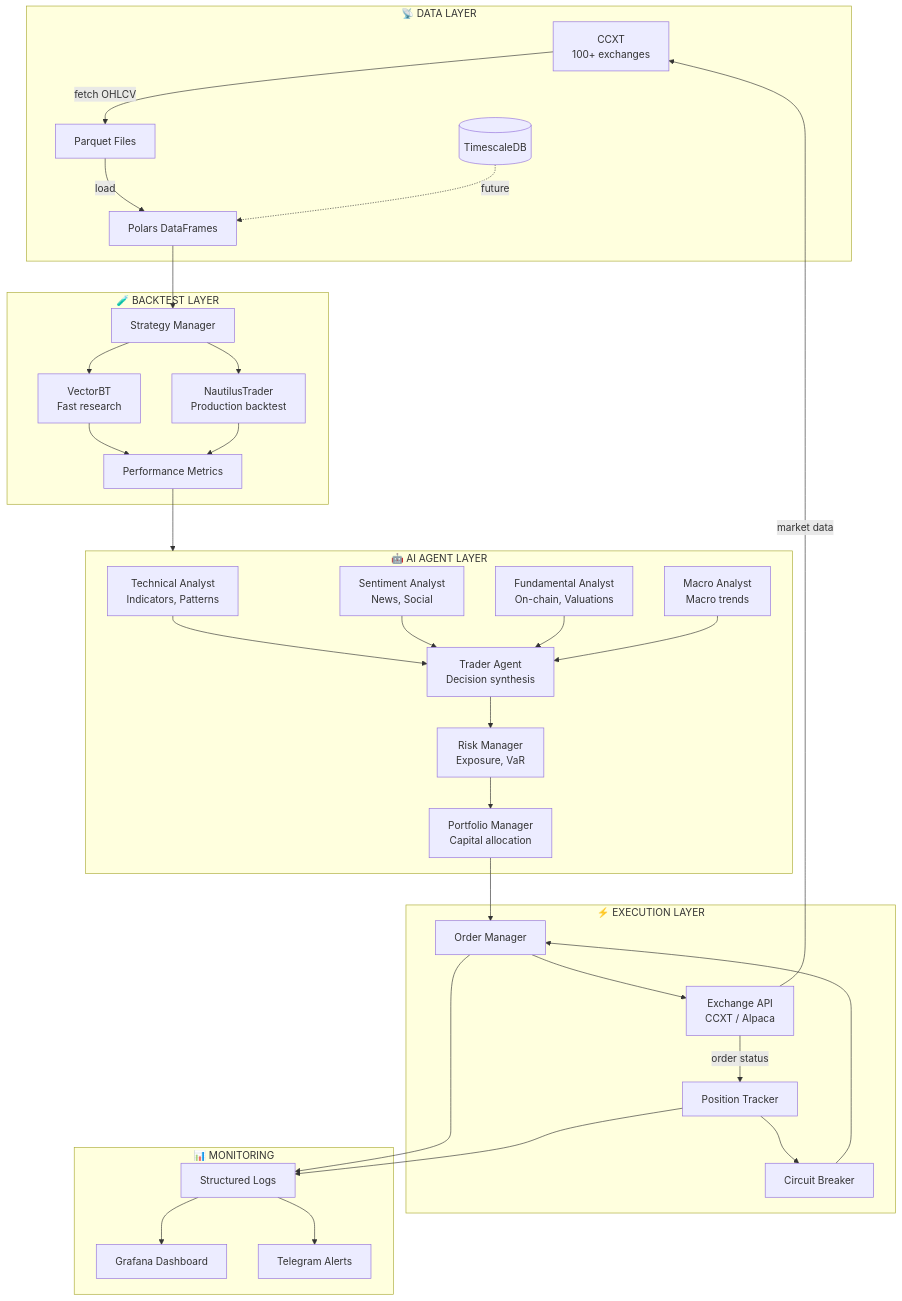
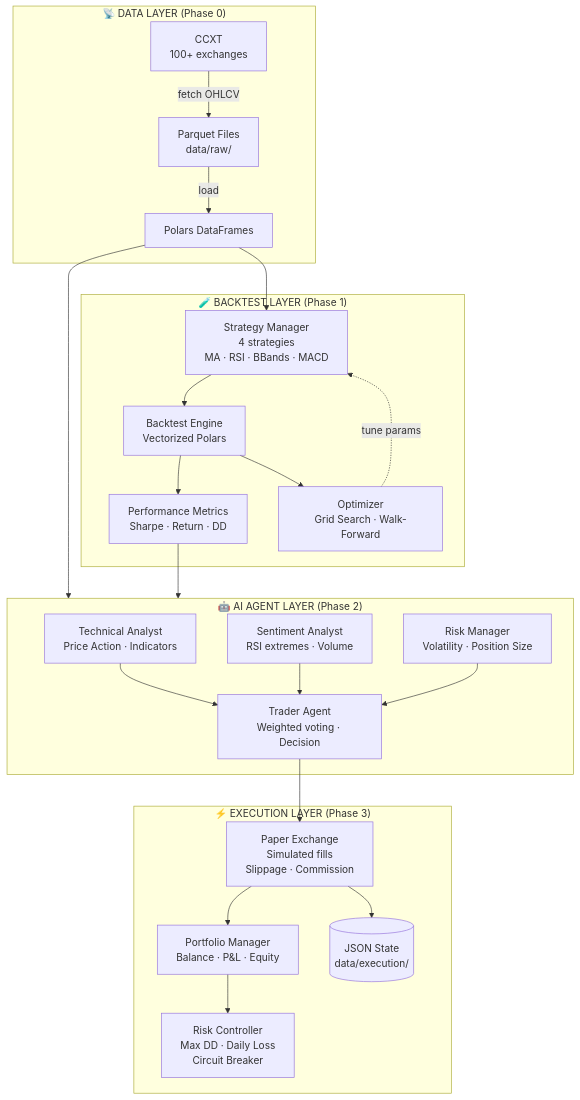
Before and after one commit to huythongbk15/LearnTradeAgent: the first of 3 diagrams in docs/architecture.md, drawn with Mermaid. The commit also changed other lines of this file and 38 other files, not shown here.

First line of the commit message:
Phase 3: Execution & Risk Management + Full Documentation Update

````diff
--- a/docs/architecture.md
+++ b/docs/architecture.md
@@ -10,67 +12,48 @@
 ```mermaid
 graph TB
-    subgraph DATA["📡 DATA LAYER"]
+    subgraph DATA["📡 DATA LAYER (Phase 0)"]
         CCXT[CCXT<br/>100+ exchanges]
-        PARQ[Parquet Files]
-        TSDB[(TimescaleDB)]
+        PARQ[Parquet Files<br/>data/raw/]
         PL[Polars DataFrames]
         CCXT -->|fetch OHLCV| PARQ
         PARQ -->|load| PL
-        TSDB -.->|future| PL
     end
 
-    subgraph BACKTEST["🧪 BACKTEST LAYER"]
-        VB[VectorBT<br/>Fast research]
-        NT[NautilusTrader<br/>Production backtest]
-        SM[Strategy Manager]
-        PM[Performance Metrics]
-        SM --> VB
-        SM --> NT
-        VB --> PM
-        NT --> PM
+    subgraph BACKTEST["🧪 BACKTEST LAYER (Phase 1)"]
+        SM[Strategy Manager<br/>4 strategies<br/>MA · RSI · BBands · MACD]
+        BE[Backtest Engine<br/>Vectorized Polars]
+        PM[Performance Metrics<br/>Sharpe · Return · DD]
+        OPT[Optimizer<br/>Grid Search · Walk-Forward]
+        SM --> BE
+        BE --> PM
+        BE --> OPT
+        OPT -.->|tune params| SM
     end
 
-    subgraph AGENTS["🤖 AI AGENT LAYER"]
-        TA[Technical Analyst<br/>Indicators, Patterns]
-        SA[Sentiment Analyst<br/>News, Social]
-        FA[Fundamental Analyst<br/>On-chain, Valuations]
-        MA[Macro Analyst<br/>Macro trends]
-        TR[Trader Agent<br/>Decision synthesis]
-        RM[Risk Manager<br/>Exposure, VaR]
-        PMGR[Portfolio Manager<br/>Capital allocation]
+    subgraph AGENTS["🤖 AI AGENT LAYER (Phase 2)"]
+        TA[Technical Analyst<br/>Price Action · Indicators]
+        SA[Sentiment Analyst<br/>RSI extremes · Volume]
+        RM[Risk Manager<br/>Volatility · Position Size]
+        TR[Trader Agent<br/>Weighted voting · Decision]
 
         TA --> TR
         SA --> TR
-        FA --> TR
-        MA --> TR
-        TR --> RM
-        RM --> PMGR
+        RM --> TR
     end
 
-    subgraph EXEC["⚡ EXECUTION LAYER"]
-        ORD[Order Manager]
-        POS[Position Tracker]
-        CB[Circuit Breaker]
-        EXCHANGE[Exchange API<br/>CCXT / Alpaca]
-        ORD --> EXCHANGE
-        POS --> CB
-        CB --> ORD
-    end
-
-    subgraph MONITOR["📊 MONITORING"]
-        GRAF[Grafana Dashboard]
-        TEL[Telegram Alerts]
-        LOG[Structured Logs]
+    subgraph EXEC["⚡ EXECUTION LAYER (Phase 3)"]
+        PEX[Paper Exchange<br/>Simulated fills<br/>Slippage · Commission]
+        PMGR[Portfolio Manager<br/>Balance · P&L · Equity]
+        RC[Risk Controller<br/>Max DD · Daily Loss<br/>Circuit Breaker]
+        STATE[(JSON State<br/>data/execution/)]
+        PEX --> STATE
+        PMGR --> RC
     end
 
     %% Cross-layer connections
     PL --> SM
+    PL --> AGENTS
     PM --> AGENTS
-    PMGR --> ORD
-    EXCHANGE -->|order status| POS
-    EXCHANGE -->|market data| CCXT
-    ORD --> LOG
-    POS --> LOG
-    LOG --> GRAF
-    LOG --> TEL
+    TR --> PEX
+    PEX --> PMGR
 ```
````
